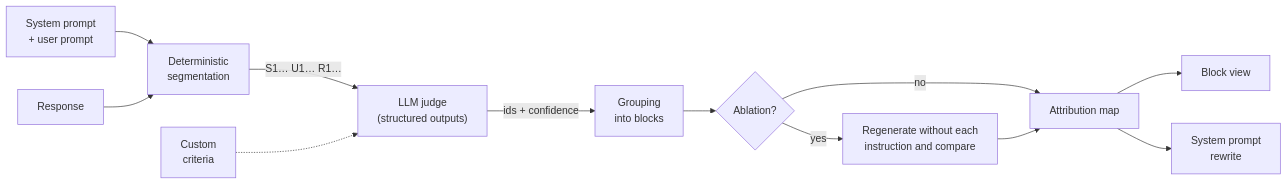
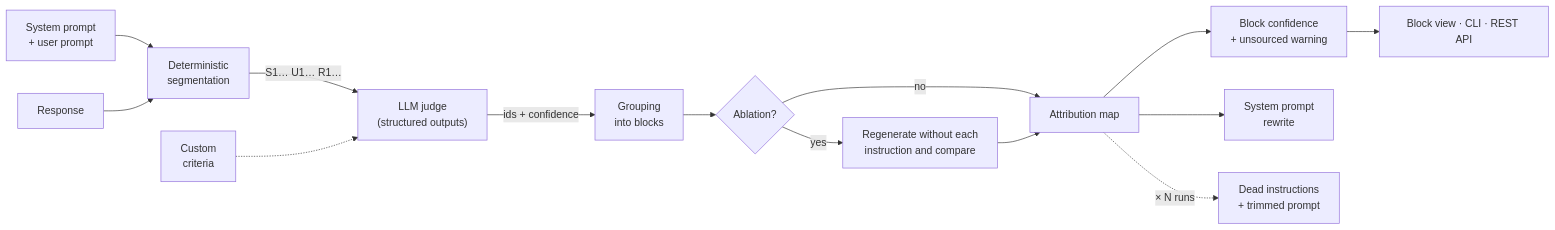
One commit to marcobd3/PromptBlame changed the diagram in README.md. Above: the diagram before and after it, drawn with Mermaid. The commit also changed other lines of this file and 9 other files, not shown here.

````diff
--- a/README.md
+++ b/README.md
@@ -311,14 +324,16 @@
 ```mermaid
 flowchart LR
     P["System prompt<br/>+ user prompt"] --> SEG["Deterministic<br/>segmentation"]
     R["Response"] --> SEG
     SEG -->|"S1… U1… R1…"| J["LLM judge<br/>(structured outputs)"]
     C["Custom<br/>criteria"] -.-> J
     J -->|"ids + confidence"| B["Grouping<br/>into blocks"]
     B --> A{"Ablation?"}
     A -->|yes| V["Regenerate without each<br/>instruction and compare"]
     A -->|no| M["Attribution map"]
     V --> M
-    M --> UI["Block view"]
+    M --> CF["Block confidence<br/>+ unsourced warning"]
+    CF --> UI["Block view · CLI · REST API"]
     M --> RW["System prompt<br/>rewrite"]
+    M -.->|"× N runs"| D["Dead instructions<br/>+ trimmed prompt"]
 ```
````
